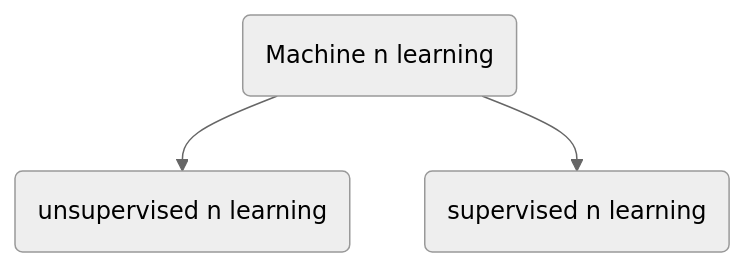
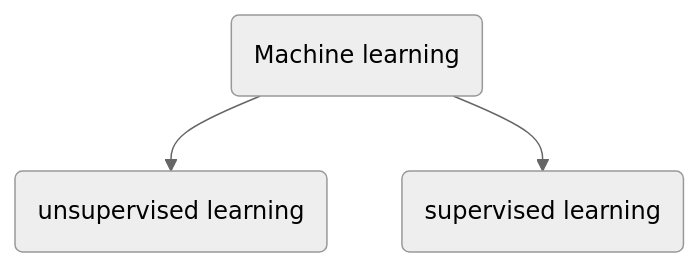
Before and after one commit to NBISweden/workshop-mlbiostatistics: the first of 2 diagrams in session-supervise-presentation/session-supervise-presentation.qmd, drawn with Mermaid (neutral theme). The commit also changed other lines of this file and 3 other files, not shown here.

````diff
--- a/session-supervise-presentation/session-supervise-presentation.qmd
+++ b/session-supervise-presentation/session-supervise-presentation.qmd
@@ -30,5 +31,5 @@
 ```{mermaid}
 flowchart TD
-  A(Machine n learning) --> B(unsupervised n learning)
-  A --> C(supervised n learning)
+  A(Machine learning) --> B(unsupervised learning)
+  A --> C(supervised learning)
 ```
````
